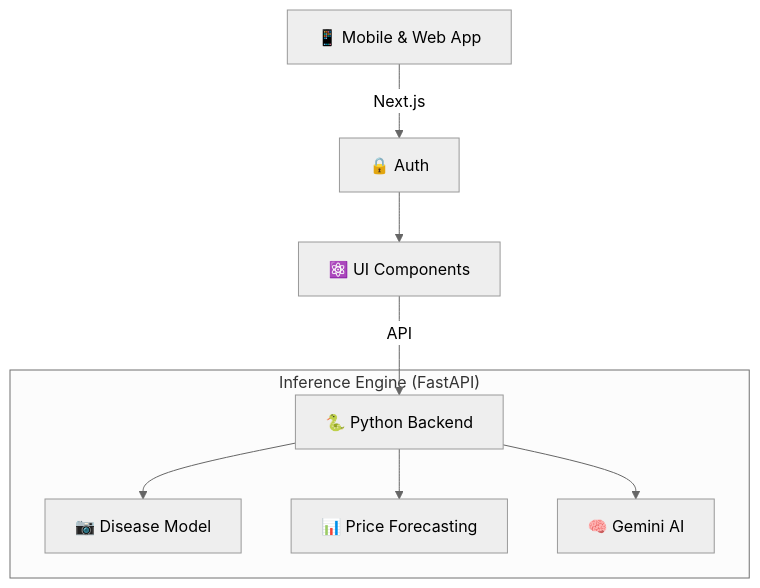
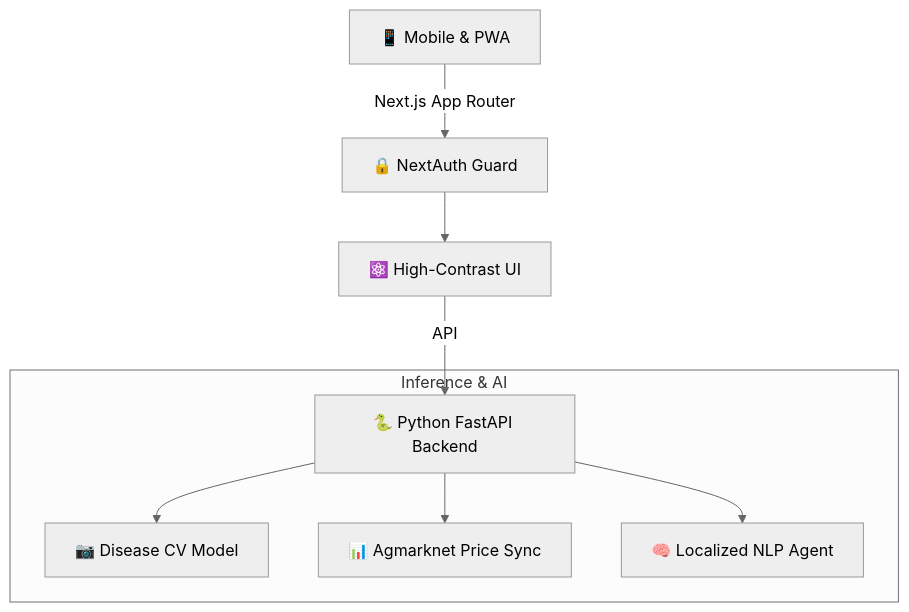
One commit to neel26parekh/farm-ai changed the diagram in README.md. Above: the diagram before and after it, drawn with Mermaid (neutral theme). The commit also changed other lines of this file and 1 other file, not shown here.

````diff
--- a/README.md
+++ b/README.md
@@ -25,13 +64,13 @@
 ```mermaid
 graph TD;
-    Client[📱 Mobile & Web App] -->|Next.js| Auth[🔒 Auth]
-    Auth --> UI[⚛️ UI Components]
+    Client[📱 Mobile & PWA] -->|Next.js App Router| Auth[🔒 NextAuth Guard]
+    Auth --> UI[⚛️ High-Contrast UI]
     
-    UI -->|API| ML[🐍 Python Backend]
+    UI -->|API| ML[🐍 Python FastAPI Backend]
 
-    subgraph "Inference Engine (FastAPI)"
-        ML --> CV[📷 Disease Model]
-        ML --> TS[📊 Price Forecasting]
-        ML --> LLM[🧠 Gemini AI]
+    subgraph "Inference & AI"
+        ML --> CV[📷 Disease CV Model]
+        ML --> TS[📊 Agmarknet Price Sync]
+        ML --> LLM[🧠 Localized NLP Agent]
     end
 ```
````
